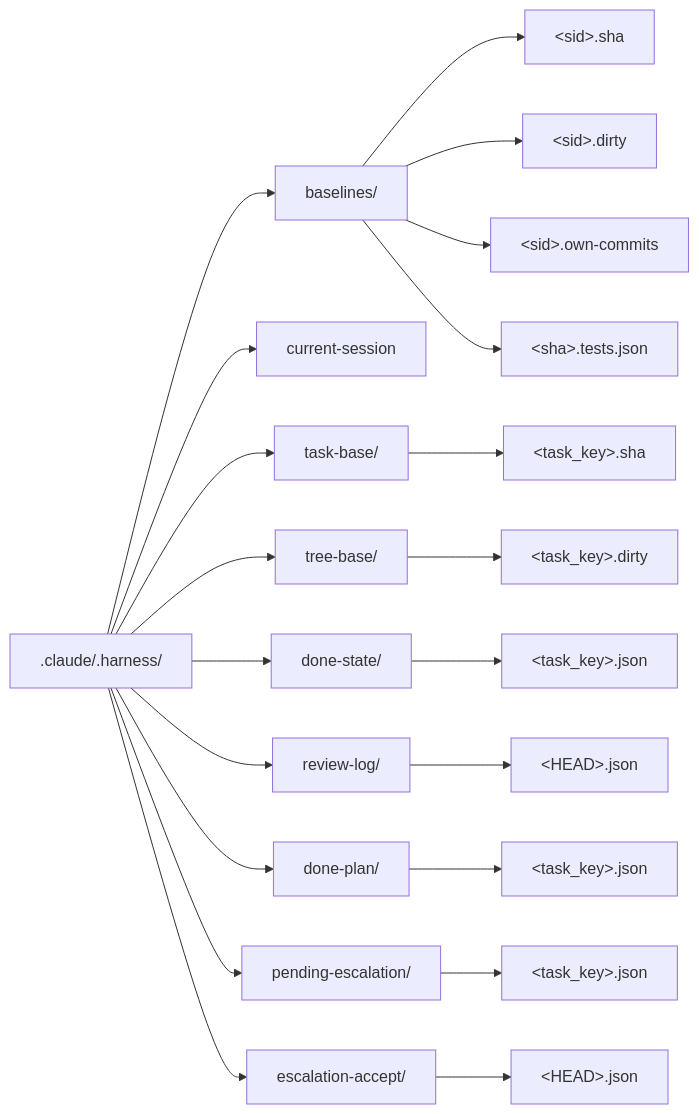
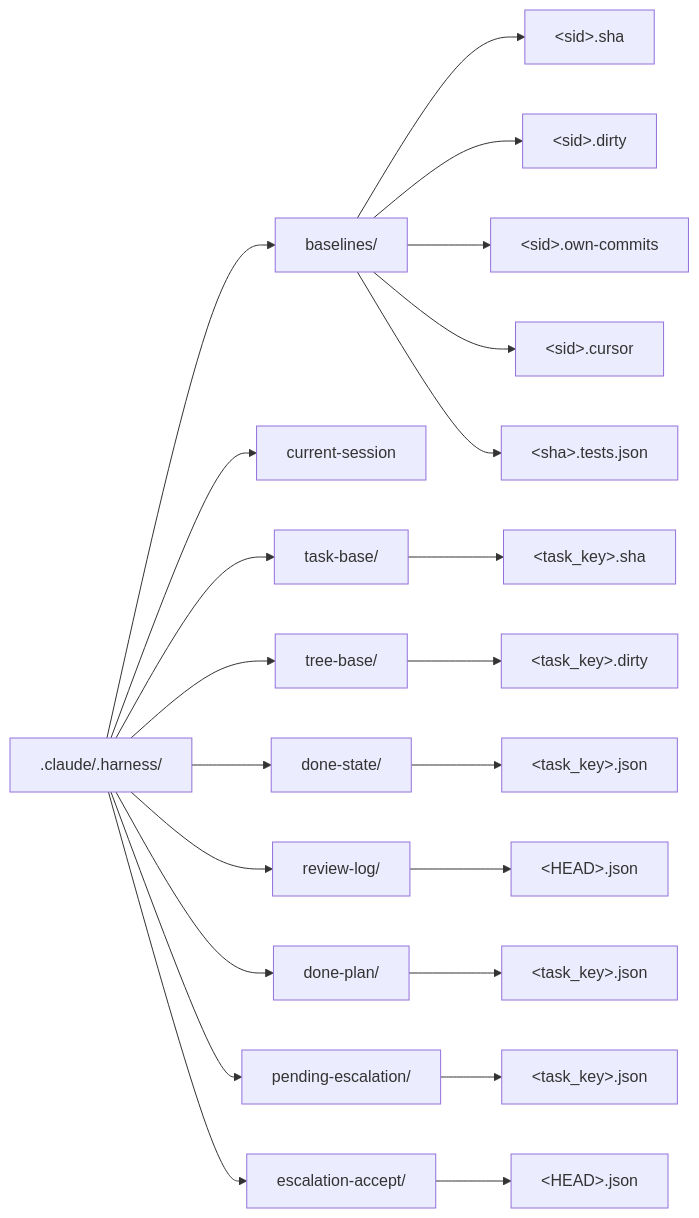
The tenth of 10 diagrams in docs/architecture.md (pehota/harlo), drawn with Mermaid before and after one commit. The commit also changed other lines of this file and 2 other files, not shown here.

````diff
--- a/docs/architecture.md
+++ b/docs/architecture.md
@@ -803,23 +874,24 @@
 ```mermaid
 flowchart LR
   H[".claude/.harness/"] --> BL["baselines/"]
   H --> CS["current-session"]
   H --> TB["task-base/"]
   H --> TRB["tree-base/"]
   H --> DS["done-state/"]
   H --> RL["review-log/"]
   H --> DP["done-plan/"]
   H --> PE["pending-escalation/"]
   H --> EA["escalation-accept/"]
   BL --> B1["&lt;sid&gt;.sha"]
   BL --> B2["&lt;sid&gt;.dirty"]
   BL --> B3["&lt;sid&gt;.own-commits"]
+  BL --> B3c["&lt;sid&gt;.cursor"]
   BL --> B4["&lt;sha&gt;.tests.json"]
   TB --> T1["&lt;task_key&gt;.sha"]
   TRB --> TR1["&lt;task_key&gt;.dirty"]
   DS --> D1["&lt;task_key&gt;.json"]
   RL --> R1["&lt;HEAD&gt;.json"]
   DP --> DP1["&lt;task_key&gt;.json"]
   PE --> PE1["&lt;task_key&gt;.json"]
   EA --> EA1["&lt;HEAD&gt;.json"]
 ```
````
